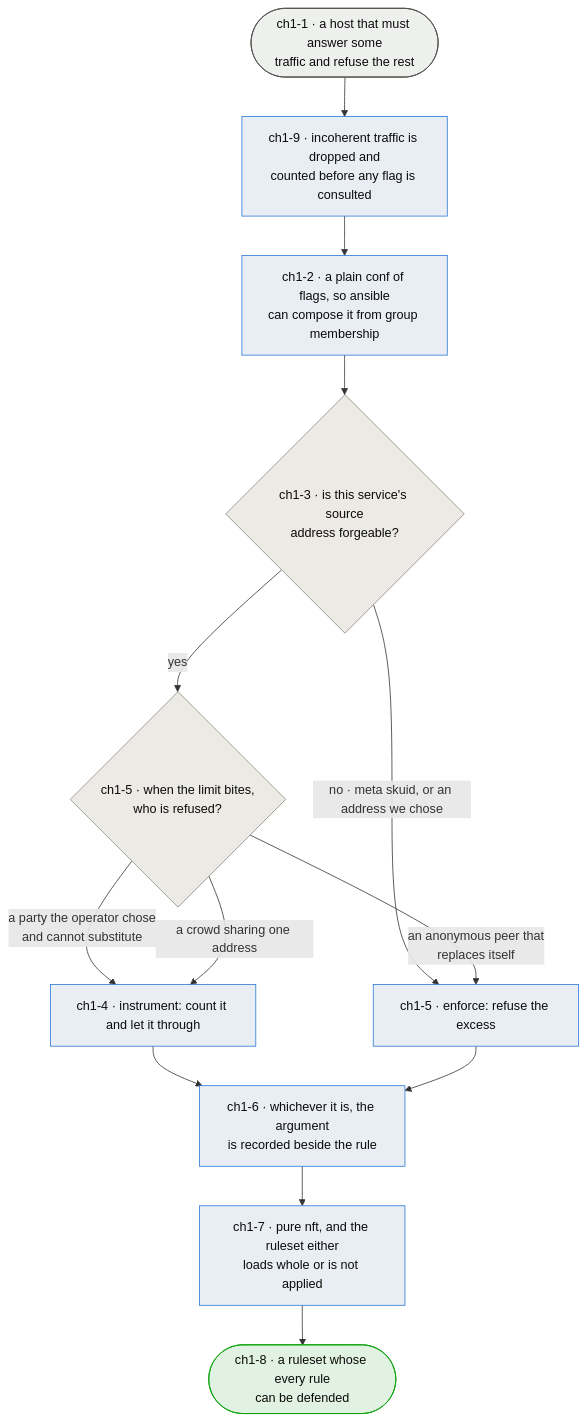
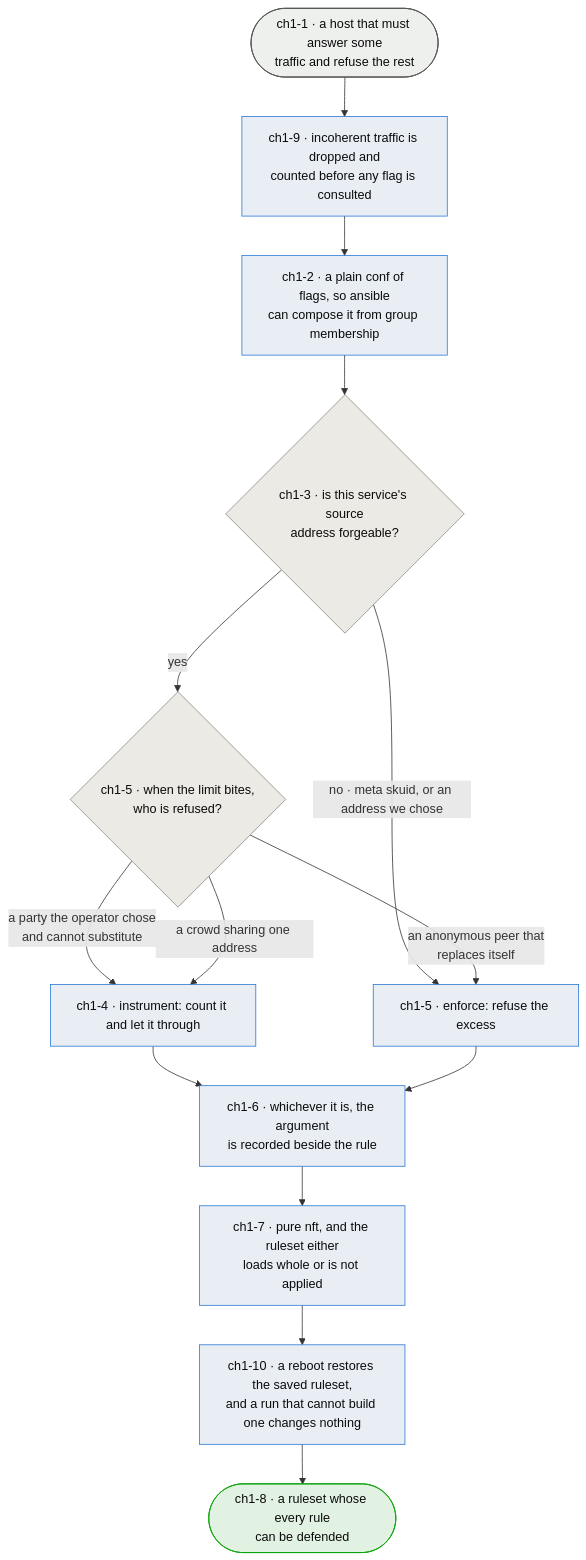
Before and after one commit to flattop5377/afirewall: the diagram in spec/diagrams/chapter-01-rules.md, drawn with Mermaid. The commit also changed other lines of this file and 3 other files, not shown here.

````diff
--- a/spec/diagrams/chapter-01-rules.md
+++ b/spec/diagrams/chapter-01-rules.md
@@ -52,31 +52,33 @@
 ```mermaid
 flowchart TD
     NEED([ch1-1 · a host that must answer some<br/>traffic and refuse the rest]):::input
     SANE[ch1-9 · incoherent traffic is dropped and<br/>counted before any flag is consulted]:::process
     CONF[ch1-2 · a plain conf of flags, so ansible<br/>can compose it from group membership]:::process
     SPOOFQ{ch1-3 · is this service's source<br/>address forgeable?}:::decision
     WHOQ{ch1-5 · when the limit bites,<br/>who is refused?}:::decision
     INSTR[ch1-4 · instrument: count it and let it through]:::process
     ENF[ch1-5 · enforce: refuse the excess]:::process
     WRITE[ch1-6 · whichever it is, the argument<br/>is recorded beside the rule]:::process
     NFT[ch1-7 · pure nft, and the ruleset either<br/>loads whole or is not applied]:::process
+    BOOT[ch1-10 · a reboot restores the saved ruleset,<br/>and a run that cannot build one changes nothing]:::process
     OUT([ch1-8 · a ruleset whose every rule<br/>can be defended]):::output
 
     NEED --> SANE
     SANE --> CONF
     CONF --> SPOOFQ
     SPOOFQ -->|no · meta skuid, or an address we chose| ENF
     SPOOFQ -->|yes| WHOQ
     WHOQ -->|a party the operator chose<br/>and cannot substitute| INSTR
     WHOQ -->|a crowd sharing one address| INSTR
     WHOQ -->|an anonymous peer that<br/>replaces itself| ENF
     INSTR --> WRITE
     ENF --> WRITE
     WRITE --> NFT
-    NFT --> OUT
+    NFT --> BOOT
+    BOOT --> OUT
 
     classDef input fill:#eef0ee,stroke:#52514e,color:#0b0b0b;
     classDef process fill:#e9eef5,stroke:#2a78d6,color:#0b0b0b;
     classDef decision fill:#eceae4,stroke:#898781,color:#0b0b0b;
     classDef output fill:#e2f2e2,stroke:#0ca30c,color:#0b0b0b;
 ```
````
